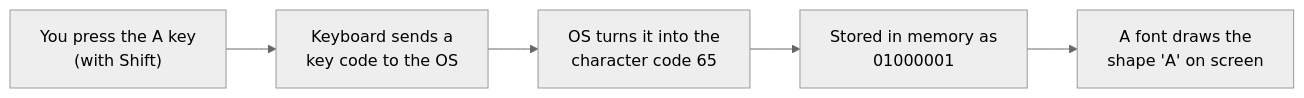
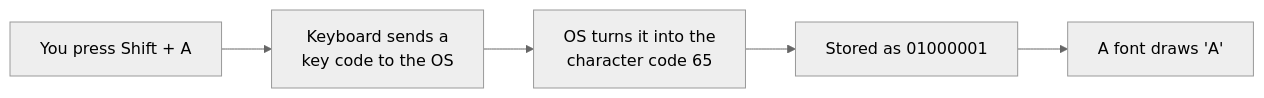
Before and after one commit to sathsure/Tech-Mastery-Hub: the diagram in interview/under-the-hood/11-Bits-Text-and-Pictures.md, drawn with Mermaid (neutral theme). The commit also changed other lines of this file and 69 other files, not shown here.

````diff
--- a/interview/under-the-hood/11-Bits-Text-and-Pictures.md
+++ b/interview/under-the-hood/11-Bits-Text-and-Pictures.md
@@ -146,7 +232,7 @@
 ```mermaid
 flowchart LR
-  A["You press the A key<br/>(with Shift)"] --> B["Keyboard sends a<br/>key code to the OS"]
+  A["You press Shift + A"] --> B["Keyboard sends a<br/>key code to the OS"]
   B --> C["OS turns it into the<br/>character code 65"]
-  C --> D["Stored in memory as<br/>01000001"]
-  D --> E["A font draws the<br/>shape 'A' on screen"]
+  C --> D["Stored as 01000001"]
+  D --> E["A font draws 'A'"]
 ```
````
